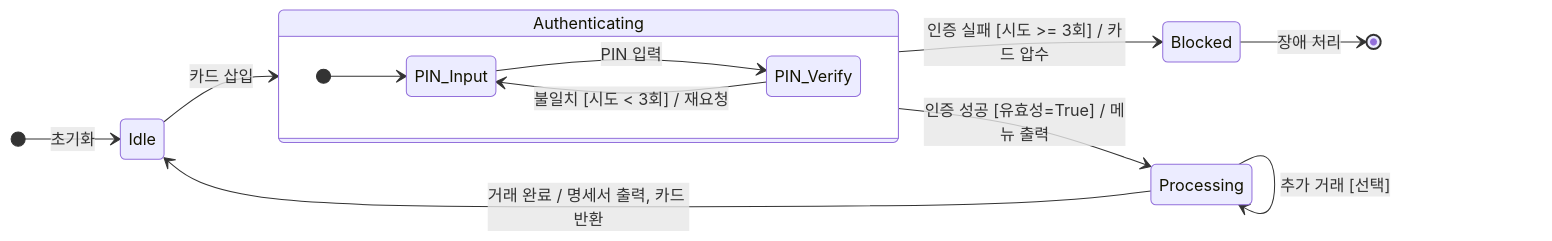
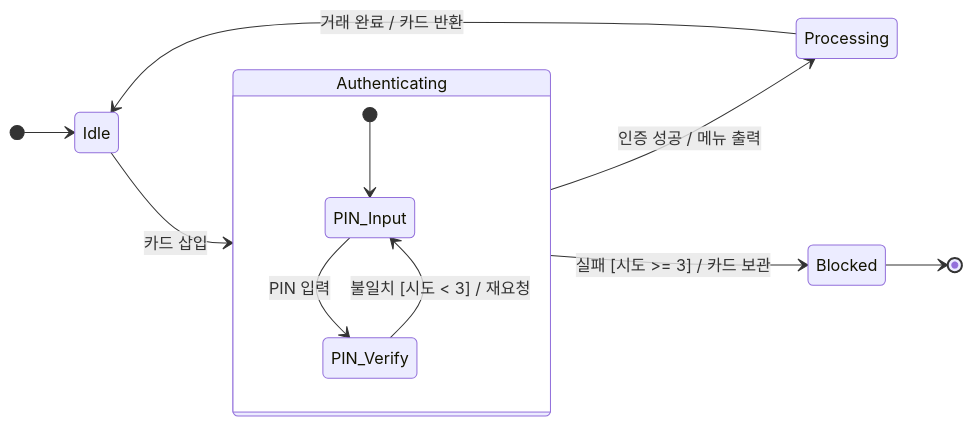
Before and after one commit to supremethumb/supremethumb.github.io: the diagram in content/01_IT Tech/상태 머신 다이어그램.md, drawn with Mermaid. The commit also changed other lines of this file and 1087 other files, not shown here.

````diff
--- a/content/01_IT Tech/상태 머신 다이어그램.md
+++ b/content/01_IT Tech/상태 머신 다이어그램.md
@@ -29,24 +35,15 @@
 ```mermaid
 stateDiagram-v2
     direction LR
-    
-    [*] --> Idle : 초기화
-    
+    [*] --> Idle
     Idle --> Authenticating : 카드 삽입
-    
     state Authenticating {
-        direction LR
         [*] --> PIN_Input
         PIN_Input --> PIN_Verify : PIN 입력
-        PIN_Verify --> PIN_Input : 불일치 [시도 < 3회] / 재요청
+        PIN_Verify --> PIN_Input : 불일치 [시도 < 3] / 재요청
     }
-    
-    Authenticating --> Processing : 인증 성공 [유효성=True] / 메뉴 출력
-    Authenticating --> Blocked : 인증 실패 [시도 >= 3회] / 카드 압수
-    
-    Processing --> Idle : 거래 완료 / 명세서 출력, 카드 반환
-    Processing --> Processing : 추가 거래 [선택]
-    
-    Blocked --> [*] : 장애 처리
-
+    Authenticating --> Processing : 인증 성공 / 메뉴 출력
+    Authenticating --> Blocked : 실패 [시도 >= 3] / 카드 보관
+    Processing --> Idle : 거래 완료 / 카드 반환
+    Blocked --> [*]
 ```
````
